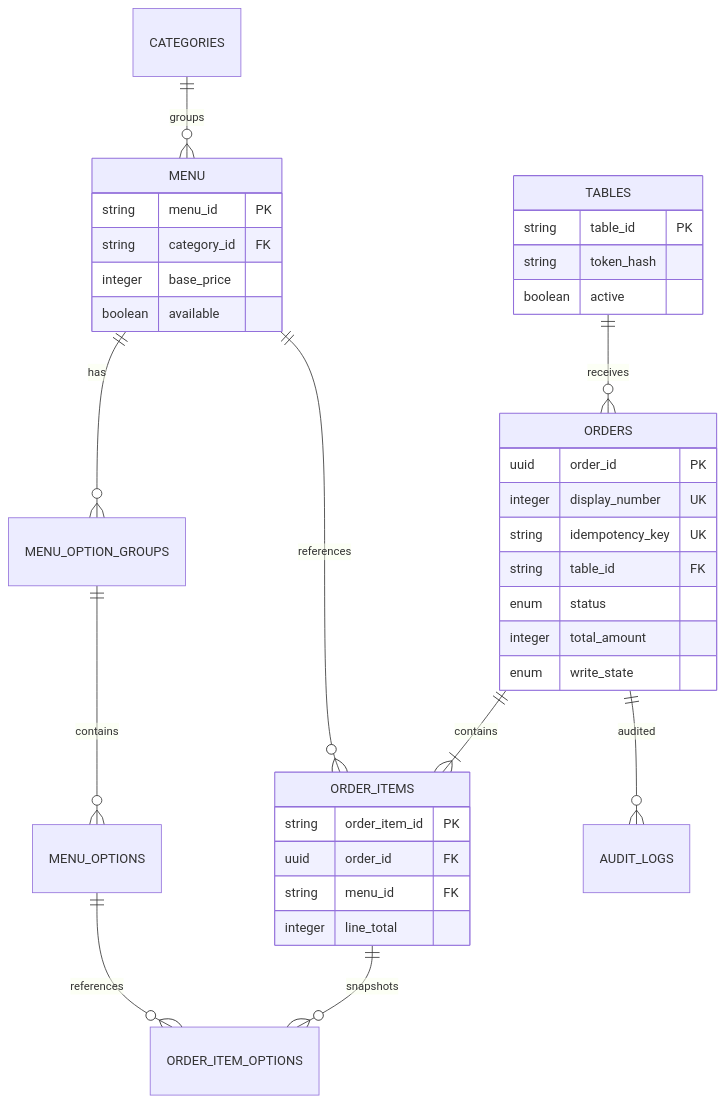
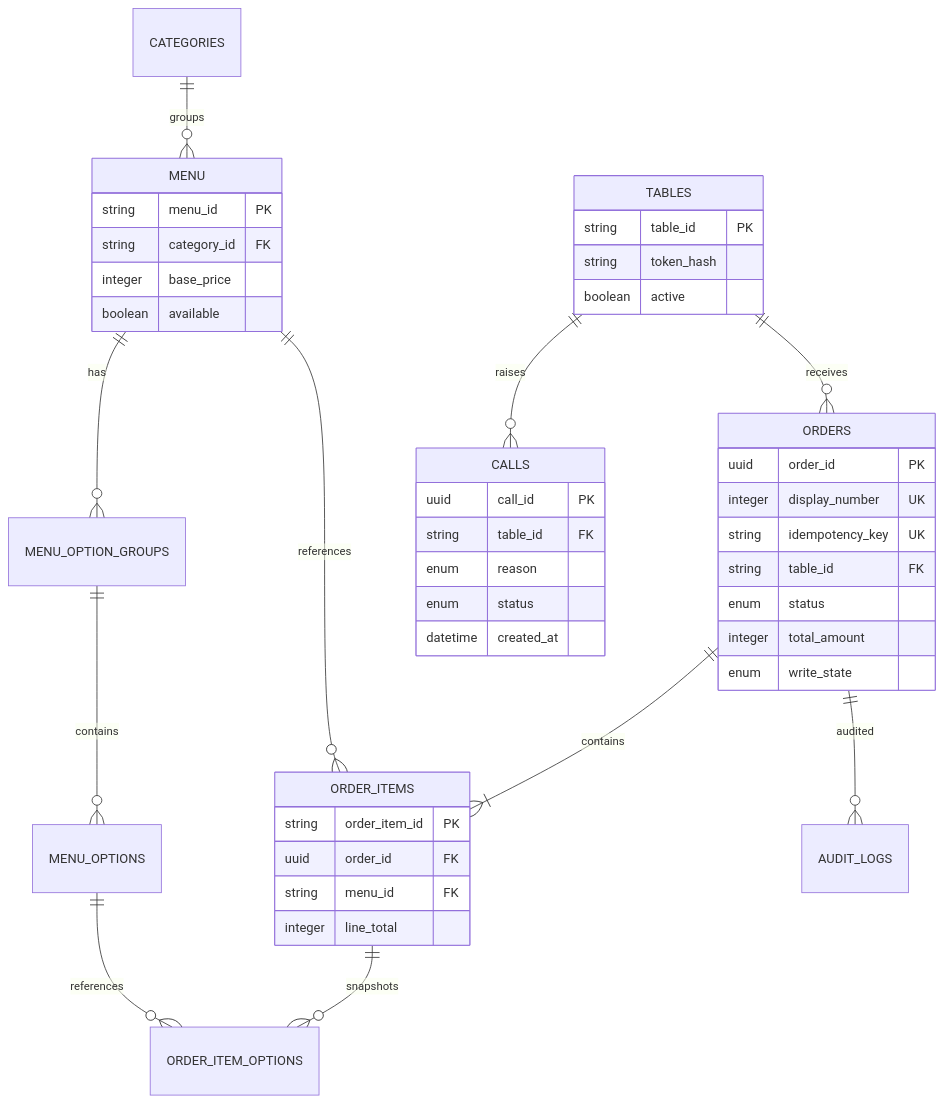
The diagram in docs/qr-order/google-sheets-schema.md (Sockbee/qr-order-design), drawn with Mermaid before and after one commit. The commit also changed other lines of this file and 2 other files, not shown here.

````diff
--- a/docs/qr-order/google-sheets-schema.md
+++ b/docs/qr-order/google-sheets-schema.md
@@ -37,39 +38,47 @@
 ```mermaid
 erDiagram
     TABLES ||--o{ ORDERS : receives
     CATEGORIES ||--o{ MENU : groups
     MENU ||--o{ MENU_OPTION_GROUPS : has
     MENU_OPTION_GROUPS ||--o{ MENU_OPTIONS : contains
     ORDERS ||--|{ ORDER_ITEMS : contains
     ORDER_ITEMS ||--o{ ORDER_ITEM_OPTIONS : snapshots
     MENU ||--o{ ORDER_ITEMS : references
     MENU_OPTIONS ||--o{ ORDER_ITEM_OPTIONS : references
     ORDERS ||--o{ AUDIT_LOGS : audited
+    TABLES ||--o{ CALLS : raises
 
     TABLES {
       string table_id PK
       string token_hash
       boolean active
+    }
+    CALLS {
+      uuid call_id PK
+      string table_id FK
+      enum reason
+      enum status
+      datetime created_at
     }
     MENU {
       string menu_id PK
       string category_id FK
       integer base_price
       boolean available
     }
     ORDERS {
       uuid order_id PK
       integer display_number UK
       string idempotency_key UK
       string table_id FK
       enum status
       integer total_amount
       enum write_state
     }
     ORDER_ITEMS {
       string order_item_id PK
       uuid order_id FK
       string menu_id FK
       integer line_total
     }
 ```
````
